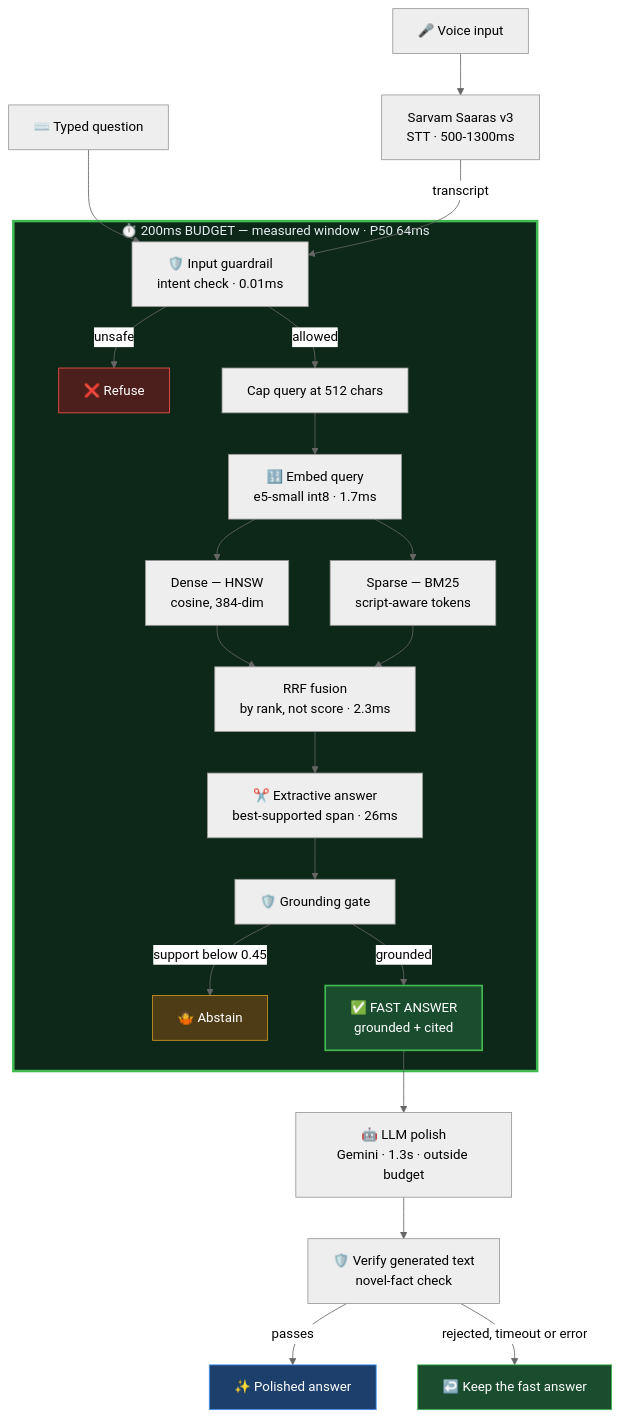
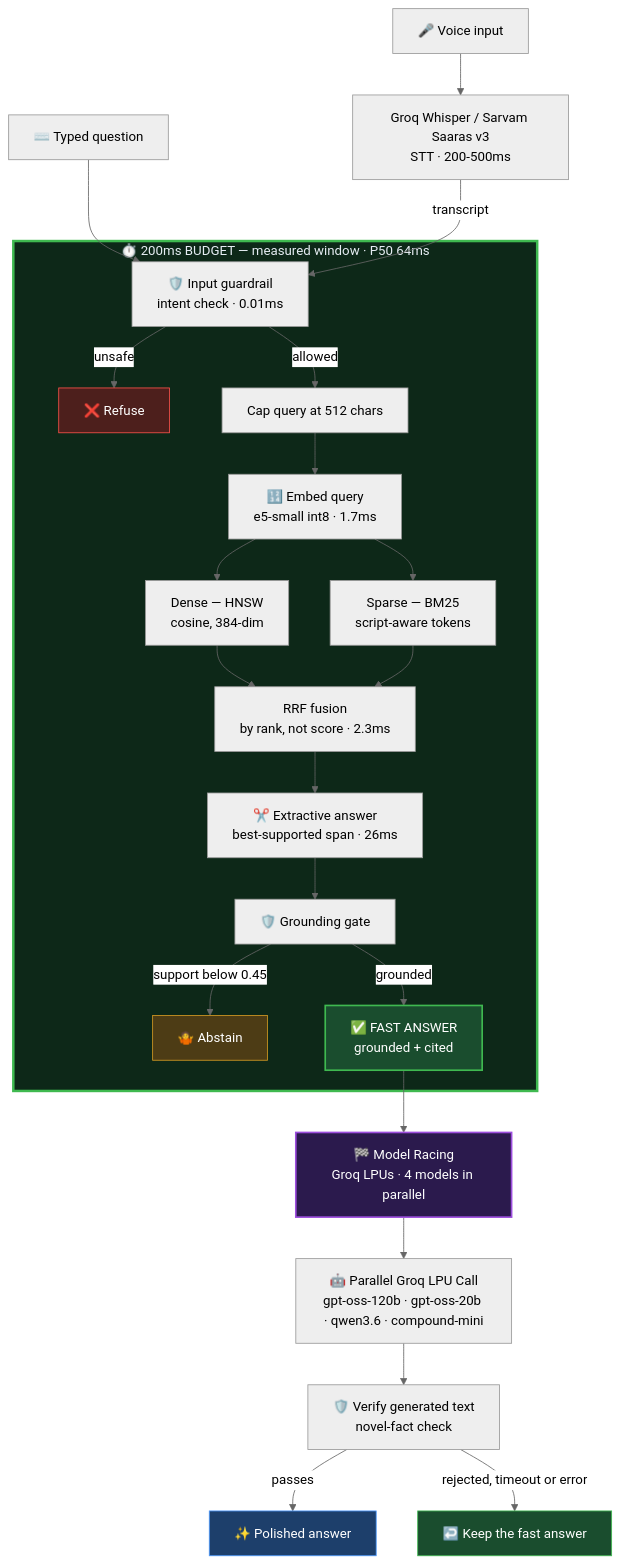
Before and after one commit to manishchandraraturi/voice-rag: the diagram in README.md, drawn with Mermaid (neutral theme). The commit also changed other lines of this file and 15 other files, not shown here.

Commit message:
Integrate Groq LPU Model Racing, Groq Whisper STT, and deployment configs

````diff
--- a/README.md
+++ b/README.md
@@ -38,33 +38,35 @@
 ```mermaid
 flowchart TD
-    A["🎤 Voice input"] --> B["Sarvam Saaras v3<br/>STT · 500-1300ms"]
+    A["🎤 Voice input"] --> B["Groq Whisper / Sarvam Saaras v3<br/>STT · 200-500ms"]
     A2["⌨️ Typed question"] --> G1
     B -->|transcript| G1
 
     subgraph BUDGET["⏱️ 200ms BUDGET — measured window · P50 64ms"]
         G1["🛡️ Input guardrail<br/>intent check · 0.01ms"]
         G1 -->|unsafe| REFUSE["❌ Refuse"]
         G1 -->|allowed| CAP["Cap query at 512 chars"]
         CAP --> EMB["🔢 Embed query<br/>e5-small int8 · 1.7ms"]
         EMB --> DENSE["Dense — HNSW<br/>cosine, 384-dim"]
         EMB --> SPARSE["Sparse — BM25<br/>script-aware tokens"]
         DENSE --> RRF["RRF fusion<br/>by rank, not score · 2.3ms"]
         SPARSE --> RRF
         RRF --> EXT["✂️ Extractive answer<br/>best-supported span · 26ms"]
         EXT --> G2["🛡️ Grounding gate"]
         G2 -->|"support below 0.45"| ABS["🤷 Abstain"]
         G2 -->|grounded| FAST["✅ FAST ANSWER<br/>grounded + cited"]
     end
 
-    FAST --> LLM["🤖 LLM polish<br/>Gemini · 1.3s · outside budget"]
+    FAST --> RACE["🏁 Model Racing<br/>Groq LPUs · 4 models in parallel"]
+    RACE --> LLM["🤖 Parallel Groq LPU Call<br/>gpt-oss-120b · gpt-oss-20b · qwen3.6 · compound-mini"]
     LLM --> VER["🛡️ Verify generated text<br/>novel-fact check"]
     VER -->|passes| FINAL["✨ Polished answer"]
     VER -->|"rejected, timeout or error"| KEEP["↩️ Keep the fast answer"]
 
     style BUDGET fill:#0d2818,stroke:#3fb950,stroke-width:3px,color:#e6edf3
     style FAST fill:#1a4d2e,stroke:#3fb950,stroke-width:2px,color:#ffffff
+    style RACE fill:#2b1a4d,stroke:#9d4edd,stroke-width:2px,color:#ffffff
     style FINAL fill:#1d3f6b,stroke:#4c9aff,color:#ffffff
     style KEEP fill:#1a4d2e,stroke:#3fb950,color:#ffffff
     style REFUSE fill:#4d1f1c,stroke:#f85149,color:#ffffff
     style ABS fill:#4d3c15,stroke:#d29922,color:#ffffff
 ```
````
